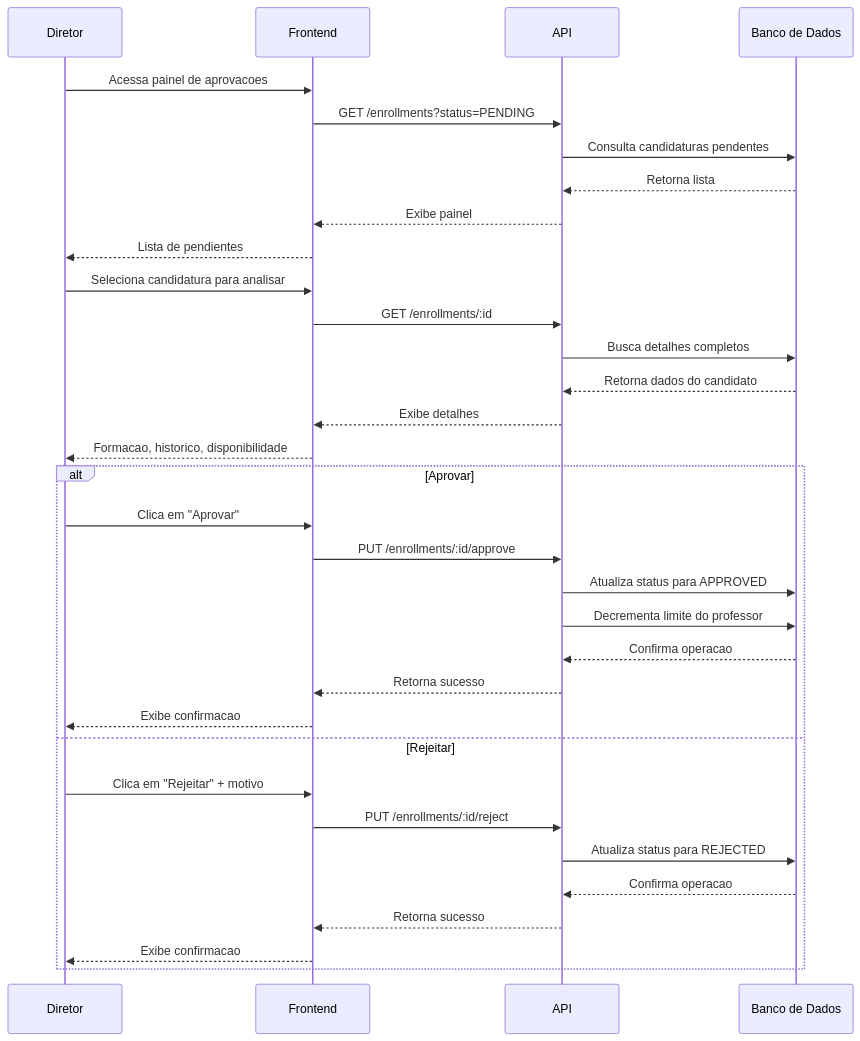
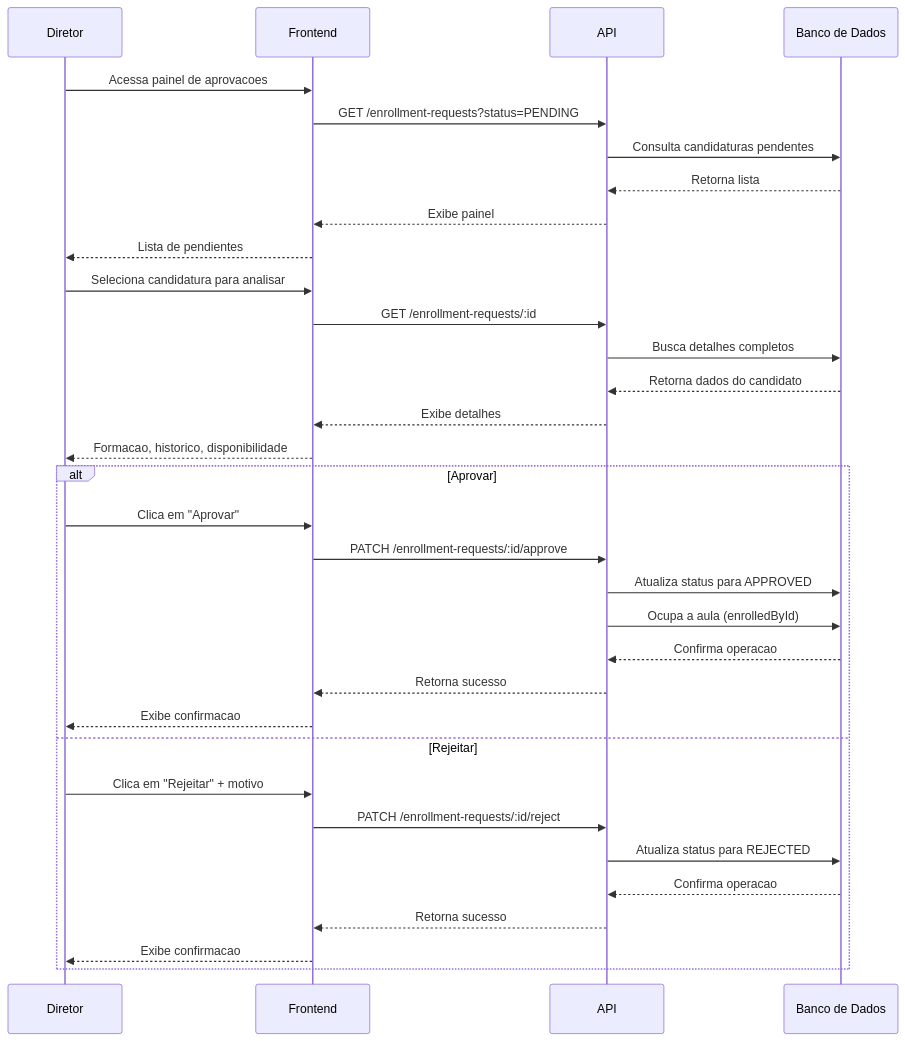
The ninth of 9 diagrams in docs/01-visao-geral.md (TROCA-AULA/troca-aula-backend), drawn with Mermaid before and after one commit. The commit also changed other lines of this file and 9 other files, not shown here.

````diff
--- a/docs/01-visao-geral.md
+++ b/docs/01-visao-geral.md
@@ -315,38 +315,38 @@
 ```mermaid
 sequenceDiagram
     participant D as Diretor
     participant FE as Frontend
     participant API as API
     participant DB as Banco de Dados
     
     D->>FE: Acessa painel de aprovacoes
-    FE->>API: GET /enrollments?status=PENDING
+    FE->>API: GET /enrollment-requests?status=PENDING
     API->>DB: Consulta candidaturas pendentes
     DB-->>API: Retorna lista
     API-->>FE: Exibe painel
     FE-->>D: Lista de pendientes
     
     D->>FE: Seleciona candidatura para analisar
-    FE->>API: GET /enrollments/:id
+    FE->>API: GET /enrollment-requests/:id
     API->>DB: Busca detalhes completos
     DB-->>API: Retorna dados do candidato
     API-->>FE: Exibe detalhes
     FE-->>D: Formacao, historico, disponibilidade
     
     alt Aprovar
         D->>FE: Clica em "Aprovar"
-        FE->>API: PUT /enrollments/:id/approve
+        FE->>API: PATCH /enrollment-requests/:id/approve
         API->>DB: Atualiza status para APPROVED
-        API->>DB: Decrementa limite do professor
+        API->>DB: Ocupa a aula (enrolledById)
         DB-->>API: Confirma operacao
         API-->>FE: Retorna sucesso
         FE-->>D: Exibe confirmacao
     else Rejeitar
         D->>FE: Clica em "Rejeitar" + motivo
-        FE->>API: PUT /enrollments/:id/reject
+        FE->>API: PATCH /enrollment-requests/:id/reject
         API->>DB: Atualiza status para REJECTED
         DB-->>API: Confirma operacao
         API-->>FE: Retorna sucesso
         FE-->>D: Exibe confirmacao
     end
 ```
````
